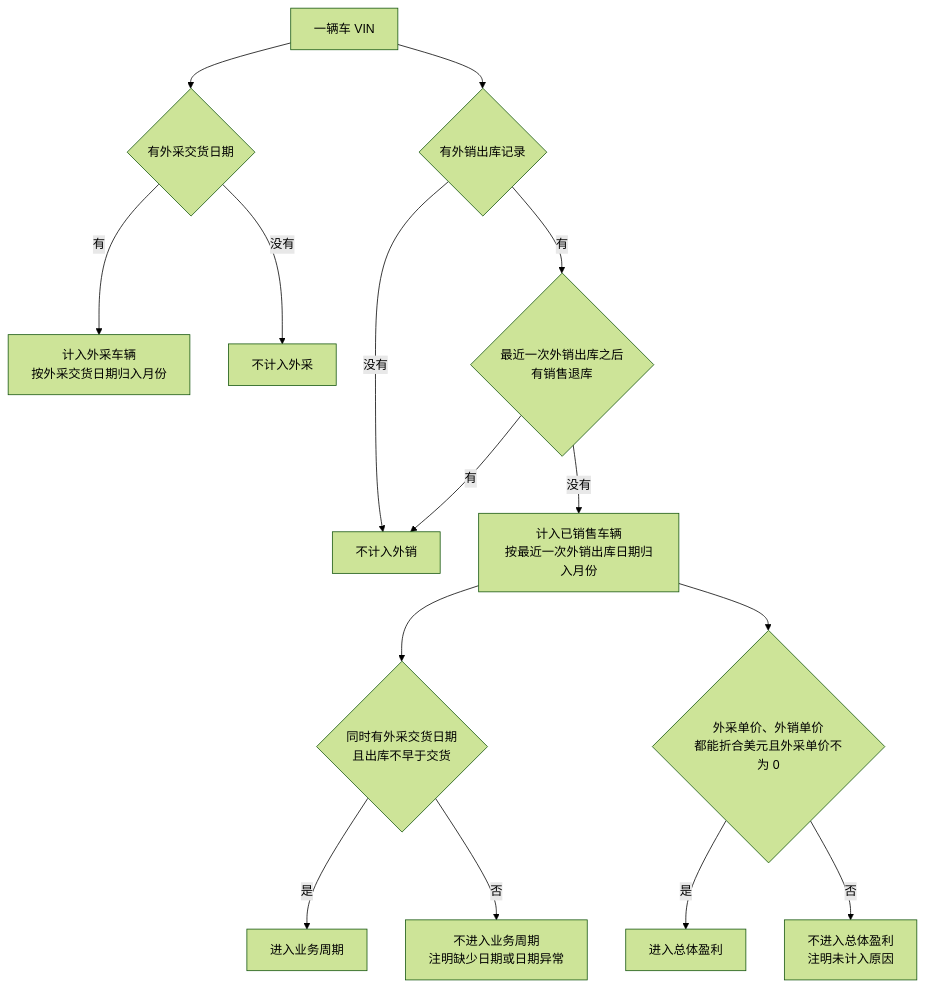
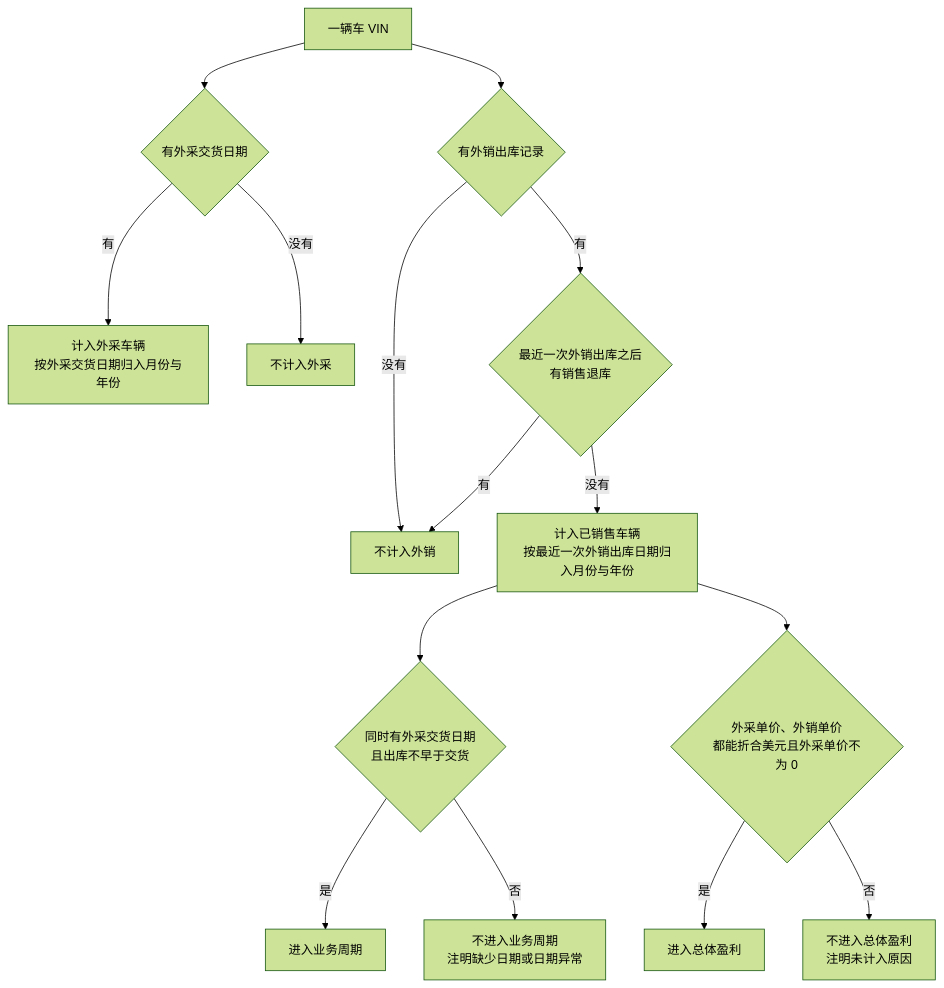
Before and after one commit to wxblockchain/Chain-Financing: the second of 3 diagrams in asset-trust-platform/PRD/运营端/M17-运营端首页/02-运营端首页-流程图与状态机.md, drawn with Mermaid (forest theme). The commit also changed other lines of this file and 3 other files, not shown here.

````diff
--- a/asset-trust-platform/PRD/运营端/M17-运营端首页/02-运营端首页-流程图与状态机.md
+++ b/asset-trust-platform/PRD/运营端/M17-运营端首页/02-运营端首页-流程图与状态机.md
@@ -41,17 +41,17 @@
 ```mermaid
 flowchart TD
     A[一辆车 VIN] --> B{有外采交货日期}
-    B -->|有| C[计入外采车辆<br/>按外采交货日期归入月份]
+    B -->|有| C[计入外采车辆<br/>按外采交货日期归入月份与年份]
     B -->|没有| D[不计入外采]
     A --> E{有外销出库记录}
     E -->|没有| F[不计入外销]
     E -->|有| G{最近一次外销出库之后<br/>有销售退库}
     G -->|有| F
-    G -->|没有| H[计入已销售车辆<br/>按最近一次外销出库日期归入月份]
+    G -->|没有| H[计入已销售车辆<br/>按最近一次外销出库日期归入月份与年份]
     H --> I{同时有外采交货日期<br/>且出库不早于交货}
     I -->|是| J[进入业务周期]
     I -->|否| K[不进入业务周期<br/>注明缺少日期或日期异常]
     H --> L{外采单价、外销单价<br/>都能折合美元且外采单价不为 0}
     L -->|是| M[进入总体盈利]
     L -->|否| N[不进入总体盈利<br/>注明未计入原因]
 ```
````
